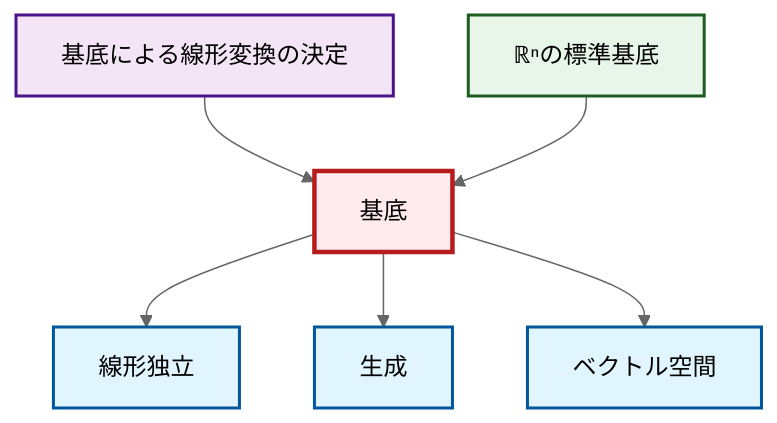
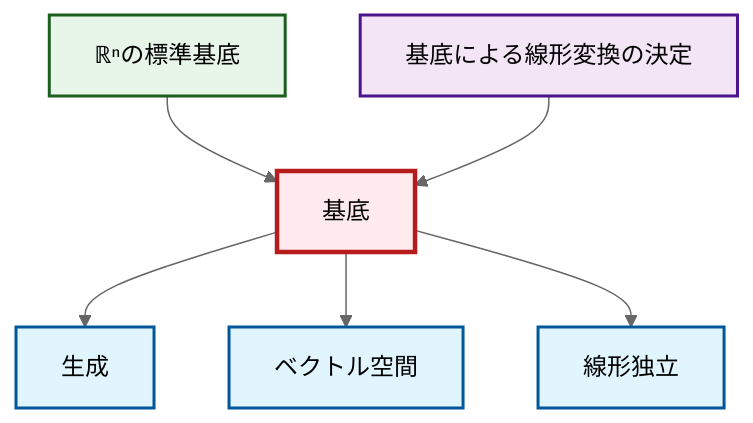
One commit to RK0429/ModernMath changed the diagram in output/mermaid/ja/def-basis.mermaid. Above: the diagram before and after it, drawn with Mermaid (neutral theme). The commit also changed other lines of this file and 3104 other files, not shown here.

```diff
--- a/output/mermaid/ja/def-basis.mermaid
+++ b/output/mermaid/ja/def-basis.mermaid
@@ -1,18 +1,18 @@
 graph TD
     classDef definition fill:#e1f5fe,stroke:#01579b,stroke-width:2px
     classDef theorem fill:#f3e5f5,stroke:#4a148c,stroke-width:2px
     classDef axiom fill:#fff3e0,stroke:#e65100,stroke-width:2px
     classDef example fill:#e8f5e9,stroke:#1b5e20,stroke-width:2px
     classDef current fill:#ffebee,stroke:#b71c1c,stroke-width:3px
+    def-basis["基底"]:::definition
     def-span["生成"]:::definition
     thm-linear-transformation-basis["基底による線形変換の決定"]:::theorem
+    def-vector-space["ベクトル空間"]:::definition
     ex-standard-basis-rn["ℝⁿの標準基底"]:::example
     def-linear-independence["線形独立"]:::definition
-    def-basis["基底"]:::definition
-    def-vector-space["ベクトル空間"]:::definition
+    ex-standard-basis-rn --> def-basis
+    def-basis --> def-span
+    thm-linear-transformation-basis --> def-basis
+    def-basis --> def-vector-space
     def-basis --> def-linear-independence
-    def-basis --> def-span
-    def-basis --> def-vector-space
-    thm-linear-transformation-basis --> def-basis
-    ex-standard-basis-rn --> def-basis
     class def-basis current
```
